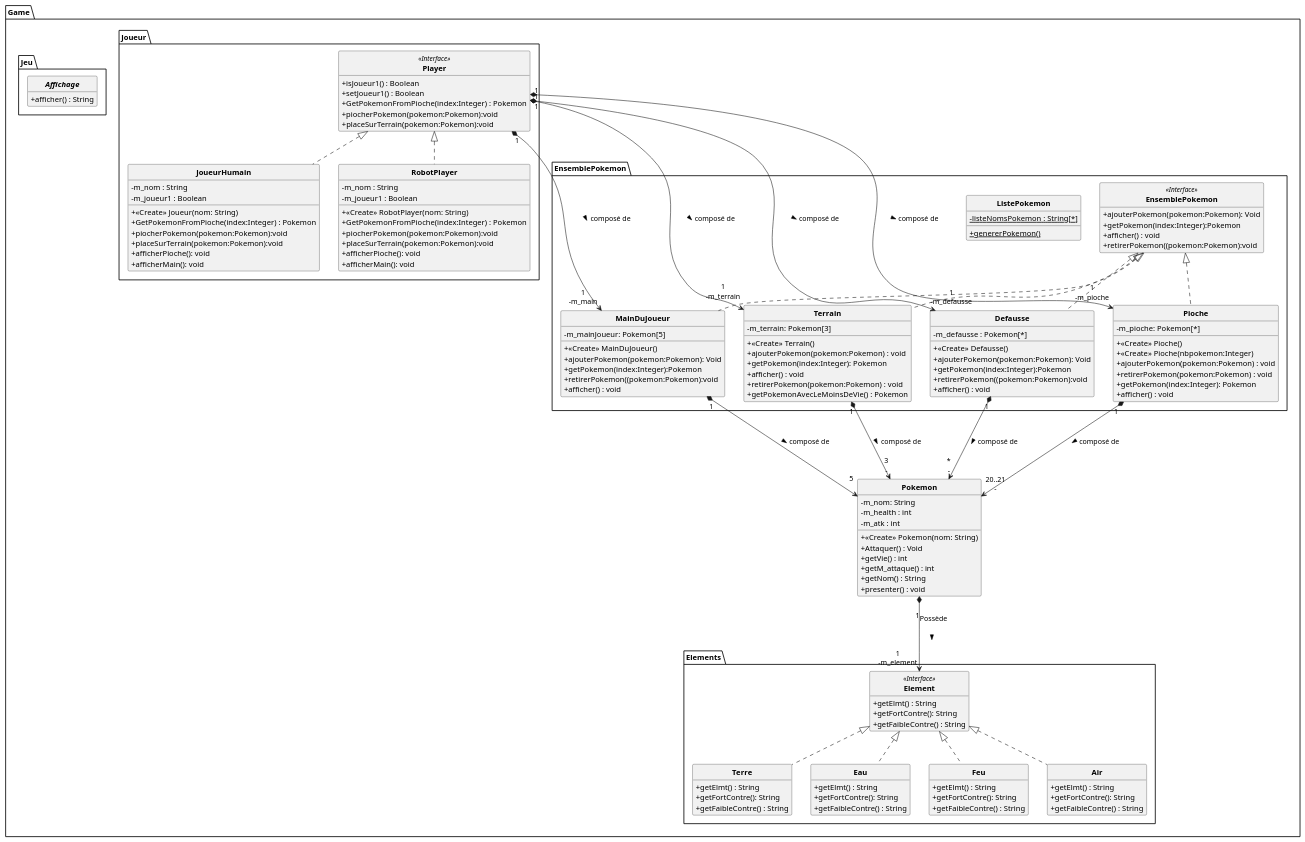
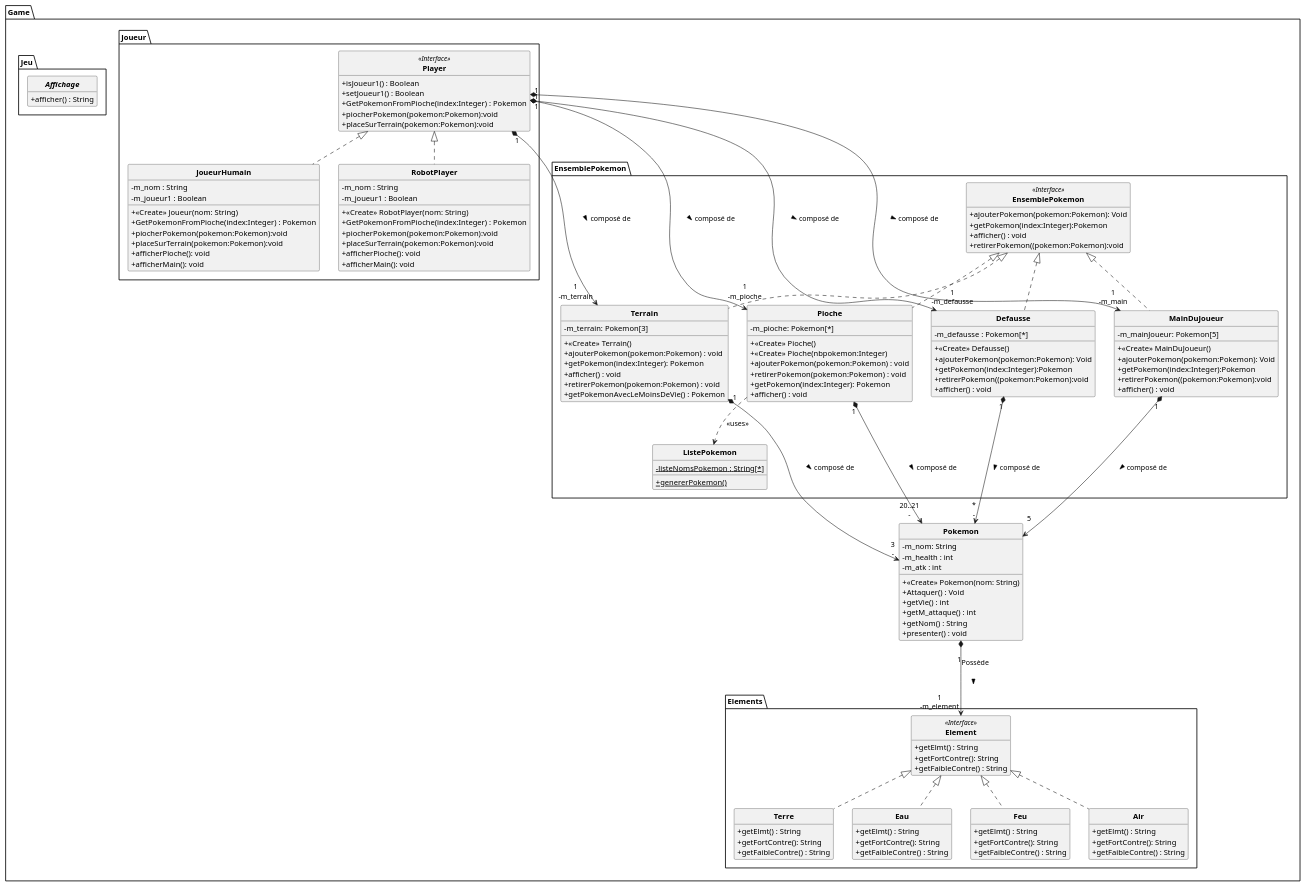
The diagram in uml/semaine2.puml (DLR-coding/POOkemon), drawn with PlantUML before and after one commit. The commit also changed 1 other file, not shown here.

Commit message:
Semaine 2 : Pioche/MainDuJoueur/Defausse/Terrain codé (avec mini démo) , début de code des Joueurs

```diff
--- a/uml/semaine2.puml
+++ b/uml/semaine2.puml
@@ -1,179 +1,181 @@
 @startuml
 'https://plantuml.com/class-diagram
 skinparam classAttributeIconSize 0
 skinparam classFontStyle Bold
 skinparam style strictuml
 hide empty members
 
 
 package Game
 {
     package Elements
     {
 
         class Element <<Interface>>
             {
                 + getElmt() : String
                 + getFortContre(): String
                 + getFaibleContre() : String
             }
 
         class Terre implements Element
             {
                 + getElmt() : String
                 + getFortContre(): String
                 + getFaibleContre() : String
             }
 
         class Eau implements Element
             {
                 + getElmt() : String
                 + getFortContre(): String
                 + getFaibleContre() : String
             }
 
         class Feu implements Element
             {
                 + getElmt() : String
                 + getFortContre(): String
                 + getFaibleContre() : String
             }
 
         class Air implements Element
             {
                 + getElmt() : String
                 + getFortContre(): String
                 + getFaibleContre() : String
             }
     }
 
     package EnsemblePokemon
     {
         class EnsemblePokemon <<Interface>>
                         {
                             + ajouterPokemon(pokemon:Pokemon): Void
                             + getPokemon(index:Integer):Pokemon
                             + afficher() : void
                             + retirerPokemon((pokemon:Pokemon):void
                         }
         class ListePokemon
         {
             - {static} listeNomsPokemon : String[*]
             + {static} genererPokemon()
 
         }
         class Defausse implements EnsemblePokemon
             {
                 - m_defausse : Pokemon[*]
                 + <<Create>> Defausse()
                 + ajouterPokemon(pokemon:Pokemon): Void
                 + getPokemon(index:Integer):Pokemon
                 + retirerPokemon((pokemon:Pokemon):void
                 + afficher() : void
             }
 
         class MainDuJoueur implements EnsemblePokemon
             {
                 - m_mainJoueur: Pokemon[5]
                 + <<Create>> MainDuJoueur()
                 + ajouterPokemon(pokemon:Pokemon): Void
                 + getPokemon(index:Integer):Pokemon
                 + retirerPokemon((pokemon:Pokemon):void
                 + afficher() : void
             }
 
         class Terrain implements EnsemblePokemon
             {
                 - m_terrain: Pokemon[3]
                 + <<Create>> Terrain()
                 + ajouterPokemon(pokemon:Pokemon) : void
                 + getPokemon(index:Integer): Pokemon
                 + afficher() : void
                 + retirerPokemon(pokemon:Pokemon) : void
                 + getPokemonAvecLeMoinsDeVie() : Pokemon
             }
 
         class Pioche implements EnsemblePokemon
             {
                 - m_pioche: Pokemon[*]
                 + <<Create>> Pioche()
                 + <<Create>> Pioche(nbpokemon:Integer)
                 + ajouterPokemon(pokemon:Pokemon) : void
                 + retirerPokemon(pokemon:Pokemon) : void
                 + getPokemon(index:Integer): Pokemon
                 + afficher() : void
             }
     }
 
     package Joueur
     {
         class Player <<Interface>>
                                 {
                                     + isJoueur1() : Boolean
                                     + setJoueur1() : Boolean
                                     + GetPokemonFromPioche(index:Integer) : Pokemon
                                     + piocherPokemon(pokemon:Pokemon):void
                                     + placeSurTerrain(pokemon:Pokemon):void
                                 }
         class JoueurHumain implements Player
                     {
                         - m_nom : String
                         - m_joueur1 : Boolean
                         + <<Create>> Joueur(nom: String)
                         + GetPokemonFromPioche(index:Integer) : Pokemon
                         + piocherPokemon(pokemon:Pokemon):void
                         + placeSurTerrain(pokemon:Pokemon):void
                         + afficherPioche(): void
                         + afficherMain(): void
                     }
         class RobotPlayer implements Player
                             {
                                 - m_nom : String
                                 - m_joueur1 : Boolean
                                 + <<Create>> RobotPlayer(nom: String)
                                 + GetPokemonFromPioche(index:Integer) : Pokemon
                                 + piocherPokemon(pokemon:Pokemon):void
                                 + placeSurTerrain(pokemon:Pokemon):void
                                 + afficherPioche(): void
                                 + afficherMain(): void
                             }
     }
 
     class Pokemon
     {
         - m_nom: String
         - m_health : int
         - m_atk : int
         + <<Create>> Pokemon(nom: String)
         + Attaquer() : Void
         + getVie() : int
         + getM_attaque() : int
         + getNom() : String
         + presenter() : void
     }
 
     package Jeu
     {
         abstract Affichage
         {
             + afficher() : String
         }
     }
 
 }
 
 
 Pioche "1" *---> "20..21\n-" Pokemon : composé de \t\t >
 MainDuJoueur "1" *---> "5\n" Pokemon : composé de \t\t >
 Terrain "1" *---> "3\n-" Pokemon : composé de \t\t >
 Defausse "1" *---> "*\n-" Pokemon : composé de \t\t >
 
 Player "1" *---> "1\n-m_terrain" Terrain : composé de \t\t >
 Player "1" *---> "1\n-m_pioche" Pioche : composé de \t\t >
 Player "1" *---> "1\n-m_main" MainDuJoueur : composé de \t\t >
 Player "1" *---> "1\n-m_defausse" Defausse : composé de \t\t >
 Pokemon "\n 1" *--> "1\n-m_element" Element : Possède\n\n >
 
+Pioche ..> ListePokemon : <<uses>>
+
 
 
 @enduml
```
